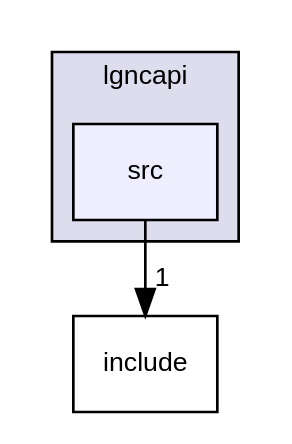
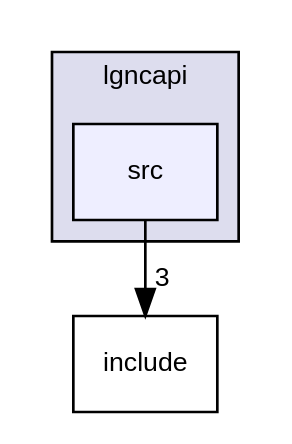
Before and after one commit to webosbrew/tv-native-apis: the diagram in dir_a52b94bb14d193f472647ef9d5714f89_dep.dot, drawn with Graphviz. The commit also changed 40 other files, not shown here.

```diff
--- a/dir_a52b94bb14d193f472647ef9d5714f89_dep.dot
+++ b/dir_a52b94bb14d193f472647ef9d5714f89_dep.dot
@@ -1,11 +1,11 @@
 digraph "lgncapi/src" {
   compound=true
   node [ fontsize="10", fontname="Helvetica"];
   edge [ labelfontsize="10", labelfontname="Helvetica"];
   subgraph clusterdir_dddacb39a28ccab5ccc5437e0bc3efe6 {
     graph [ bgcolor="#ddddee", pencolor="black", label="lgncapi" fontname="Helvetica", fontsize="10", URL="dir_dddacb39a28ccab5ccc5437e0bc3efe6.html"]
   dir_a52b94bb14d193f472647ef9d5714f89 [shape=box, label="src", style="filled", fillcolor="#eeeeff", pencolor="black", URL="dir_a52b94bb14d193f472647ef9d5714f89.html"];
   }
   dir_bd55be3e7513708b4fd19e210b40e663 [shape=box label="include" URL="dir_bd55be3e7513708b4fd19e210b40e663.html"];
-  dir_a52b94bb14d193f472647ef9d5714f89->dir_bd55be3e7513708b4fd19e210b40e663 [headlabel="1", labeldistance=1.5 headhref="dir_000002_000001.html"];
+  dir_a52b94bb14d193f472647ef9d5714f89->dir_bd55be3e7513708b4fd19e210b40e663 [headlabel="3", labeldistance=1.5 headhref="dir_000002_000001.html"];
 }
```
